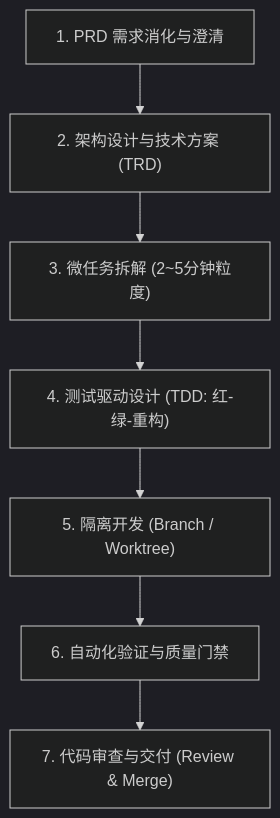
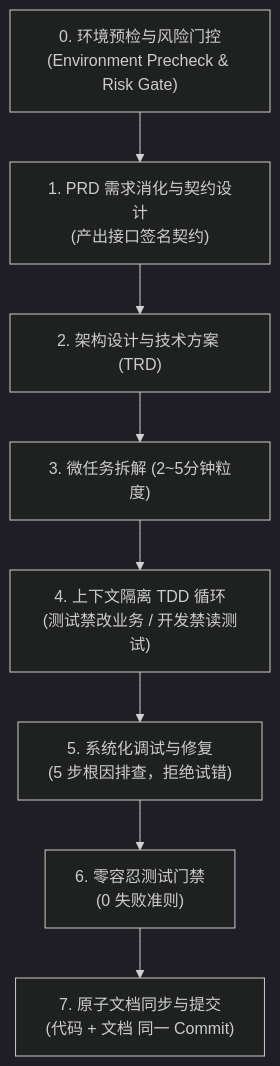
Before and after one commit to amyzhou6667/wy-work-record: the diagram in workflows/development/README.md, drawn with Mermaid (dark theme). The commit also changed other lines of this file and 43 other files, not shown here.

Commit message:
feat(workflow): integrate advanced dev practices (context isolation, risk gate, 0-failure gate, atomic doc-sync)

````diff
--- a/workflows/development/README.md
+++ b/workflows/development/README.md
@@ -11,9 +13,10 @@
 ```mermaid
 flowchart TD
-    Step1["1. PRD 需求消化与澄清"] --> Step2["2. 架构设计与技术方案 (TRD)"]
+    Pre["0. 环境预检与风险门控<br/>(Environment Precheck & Risk Gate)"] --> Step1["1. PRD 需求消化与契约设计<br/>(产出接口签名契约)"]
+    Step1 --> Step2["2. 架构设计与技术方案 (TRD)"]
     Step2 --> Step3["3. 微任务拆解 (2~5分钟粒度)"]
-    Step3 --> Step4["4. 测试驱动设计 (TDD: 红-绿-重构)"]
-    Step4 --> Step5["5. 隔离开发 (Branch / Worktree)"]
-    Step5 --> Step6["6. 自动化验证与质量门禁"]
-    Step6 --> Step7["7. 代码审查与交付 (Review & Merge)"]
+    Step3 --> Step4["4. 上下文隔离 TDD 循环<br/>(测试禁改业务 / 开发禁读测试)"]
+    Step4 --> Step5["5. 系统化调试与修复<br/>(5 步根因排查，拒绝试错)"]
+    Step5 --> Step6["6. 零容忍测试门禁<br/>(0 失败准则)"]
+    Step6 --> Step7["7. 原子文档同步与提交<br/>(代码 + 文档 同一 Commit)"]
 ```
````
